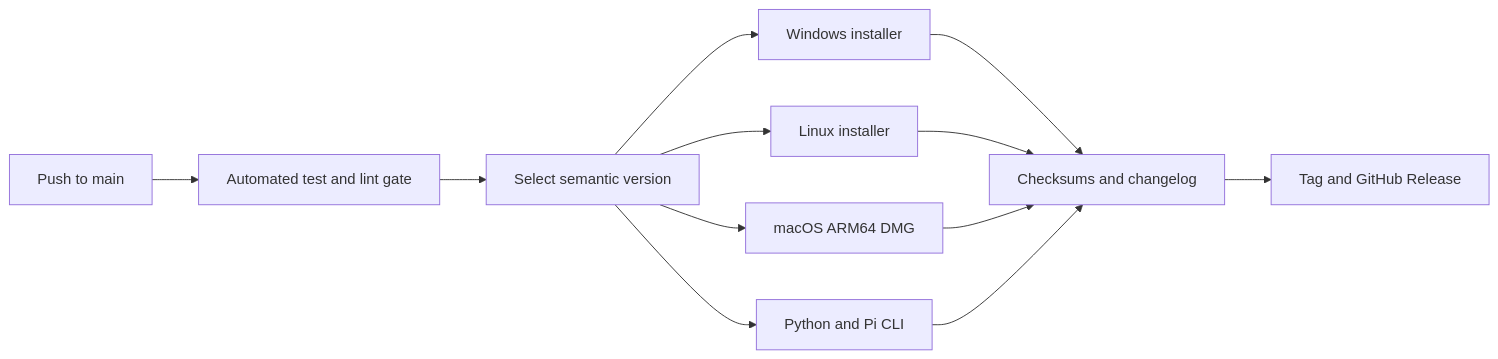
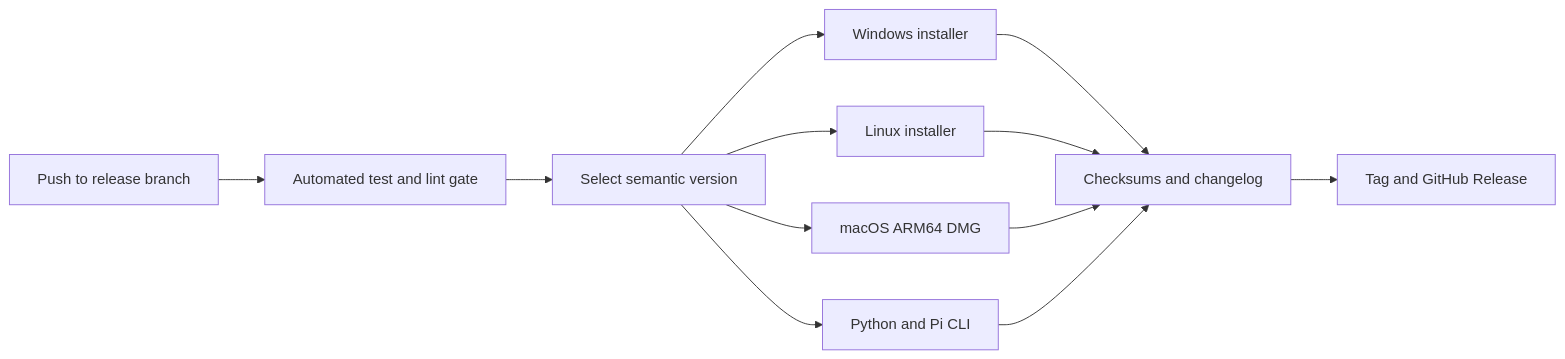
One commit to DhimanGhosh/YouTube_Media_Studio changed the diagram in README.md. Above: the diagram before and after it, drawn with Mermaid. The commit also changed other lines of this file and 25 other files, not shown here.

````diff
--- a/README.md
+++ b/README.md
@@ -338,14 +339,14 @@
 ```mermaid
 flowchart LR
-    A[Push to main] --> B[Automated test and lint gate]
+    A[Push to release branch] --> B[Automated test and lint gate]
     B --> C[Select semantic version]
     C --> D1[Windows installer]
     C --> D2[Linux installer]
     C --> D3[macOS ARM64 DMG]
     C --> D4[Python and Pi CLI]
     D1 --> E[Checksums and changelog]
     D2 --> E
     D3 --> E
     D4 --> E
     E --> F[Tag and GitHub Release]
 ```
````
